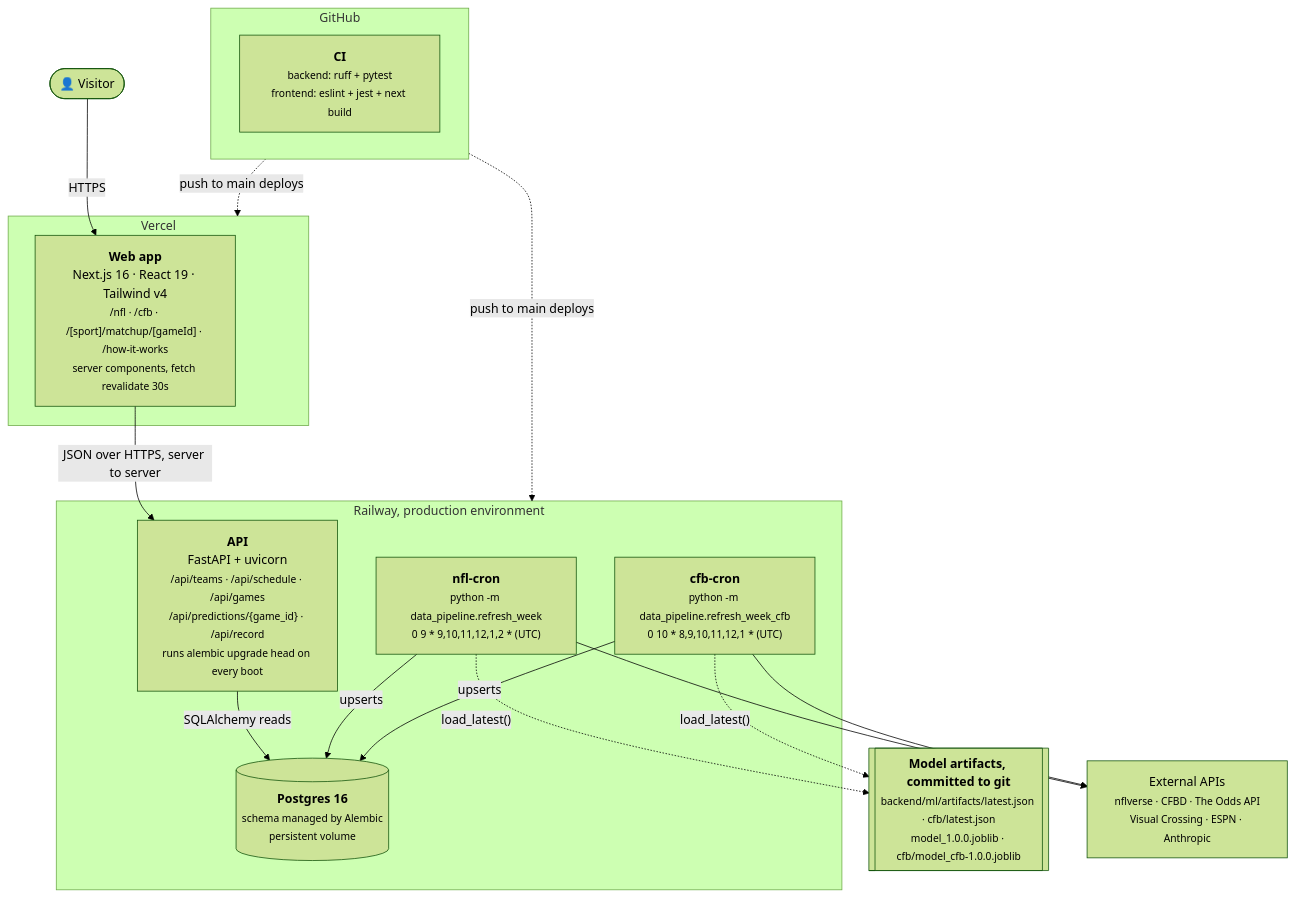
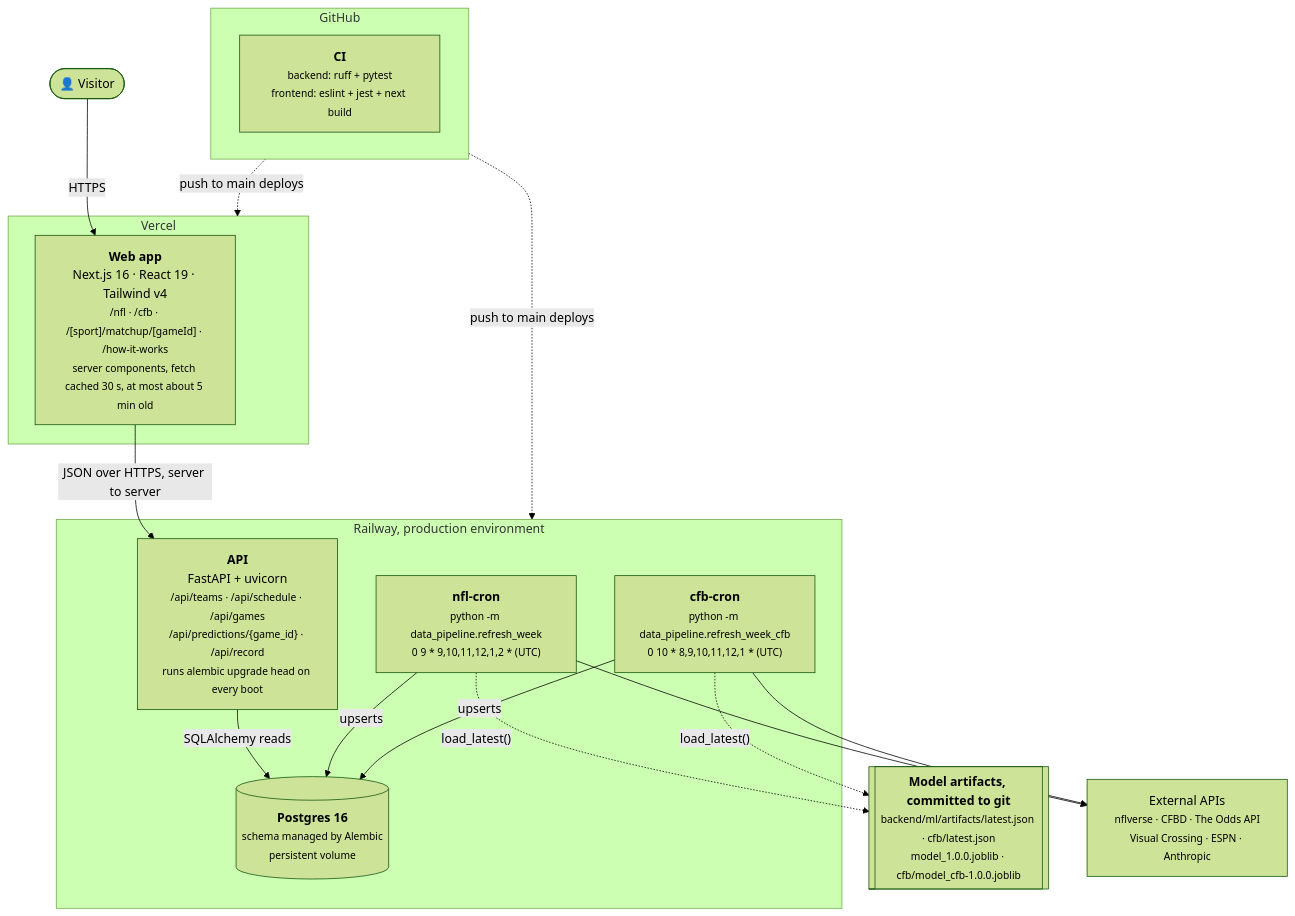
Before and after one commit to carterptull/blitzcast: the diagram in diagrams/c4-container.md, drawn with Mermaid (forest theme). The commit also changed other lines of this file and 16 other files, not shown here.

Commit message:
chore(release): 1.2.6 changelog, decisions, diagrams

````diff
--- a/diagrams/c4-container.md
+++ b/diagrams/c4-container.md
@@ -6,35 +6,35 @@
 ```mermaid
 flowchart TB
     visitor(["👤 Visitor"])
 
     subgraph vercel["Vercel"]
-        web["<b>Web app</b><br/>Next.js 16 · React 19 · Tailwind v4<br/><small>/nfl · /cfb · /[sport]/matchup/[gameId] · /how-it-works<br/>server components, fetch revalidate 30s</small>"]
+        web["<b>Web app</b><br/>Next.js 16 · React 19 · Tailwind v4<br/><small>/nfl · /cfb · /[sport]/matchup/[gameId] · /how-it-works<br/>server components, fetch cached 30 s, at most about 5 min old</small>"]
     end
 
     subgraph railway["Railway, production environment"]
         api["<b>API</b><br/>FastAPI + uvicorn<br/><small>/api/teams · /api/schedule · /api/games<br/>/api/predictions/{game_id} · /api/record<br/>runs alembic upgrade head on every boot</small>"]
         nflcron["<b>nfl-cron</b><br/><small>python -m data_pipeline.refresh_week<br/>0 9 * 9,10,11,12,1,2 * (UTC)</small>"]
         cfbcron["<b>cfb-cron</b><br/><small>python -m data_pipeline.refresh_week_cfb<br/>0 10 * 8,9,10,11,12,1 * (UTC)</small>"]
         db[("<b>Postgres 16</b><br/><small>schema managed by Alembic<br/>persistent volume</small>")]
     end
 
     artifacts[["<b>Model artifacts, committed to git</b><br/><small>backend/ml/artifacts/latest.json · cfb/latest.json<br/>model_1.0.0.joblib · cfb/model_cfb-1.0.0.joblib</small>"]]
 
     subgraph github["GitHub"]
         ci["<b>CI</b><br/><small>backend: ruff + pytest<br/>frontend: eslint + jest + next build</small>"]
     end
 
     external["External APIs<br/><small>nflverse · CFBD · The Odds API<br/>Visual Crossing · ESPN · Anthropic</small>"]
 
     visitor -->|HTTPS| web
     web -->|"JSON over HTTPS, server to server"| api
     api -->|"SQLAlchemy reads"| db
     nflcron -->|"upserts"| db
     cfbcron -->|"upserts"| db
     nflcron --> external
     cfbcron --> external
     nflcron -.->|"load_latest()"| artifacts
     cfbcron -.->|"load_latest()"| artifacts
     github -.->|"push to main deploys"| vercel
     github -.->|"push to main deploys"| railway
 ```
````
